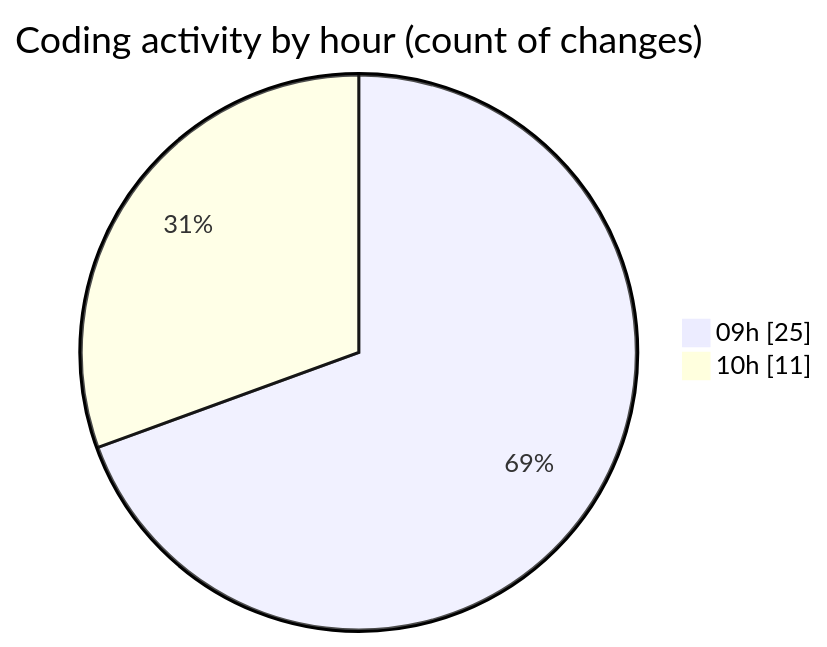
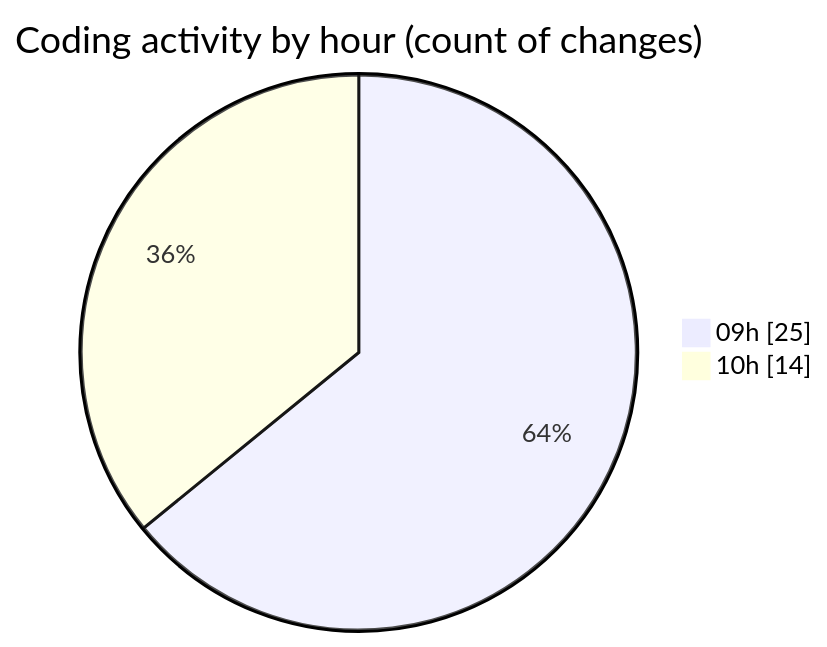
One commit to momahboobian/code-tracking changed the second of 2 diagrams in 2025-11-18/cda/README.md. Above: the diagram before and after it, drawn with Mermaid. The commit also changed other lines of this file and 1 other file, not shown here.

````diff
--- a/2025-11-18/cda/README.md
+++ b/2025-11-18/cda/README.md
@@ -34,6 +34,6 @@
 ```mermaid
 pie showData
 title Coding activity by hour (count of changes)
 "09h" : 25
-"10h" : 11
+"10h" : 14
 ```
````
